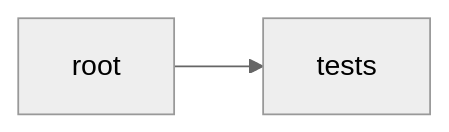
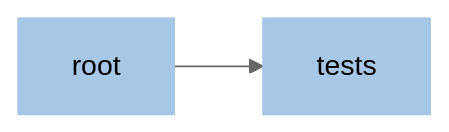
One commit to simvue-io/docs changed the first of 2 diagrams in docs/python-client/folders.md. Above: the diagram before and after it, drawn with Mermaid (neutral theme). The commit also changed other lines of this file, not shown here.

Commit message:
Adjust style of diagrams

````diff
--- a/docs/python-client/folders.md
+++ b/docs/python-client/folders.md
@@ -13,4 +13,6 @@
 ``` mermaid
 graph LR
   A[root] --> B[tests];
+  style A fill:#A7C7E7,stroke: #A7C7E7;
+  style B fill:#A7C7E7,stroke: #A7C7E7;
 ```
````
